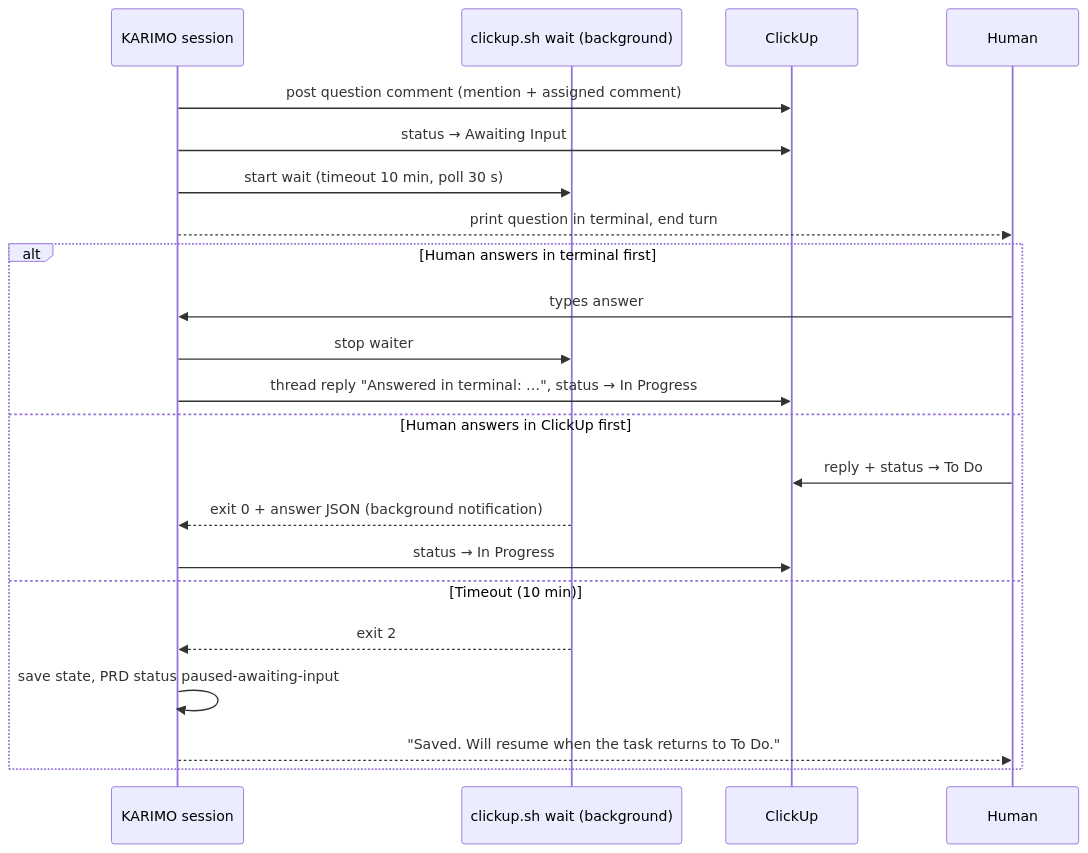
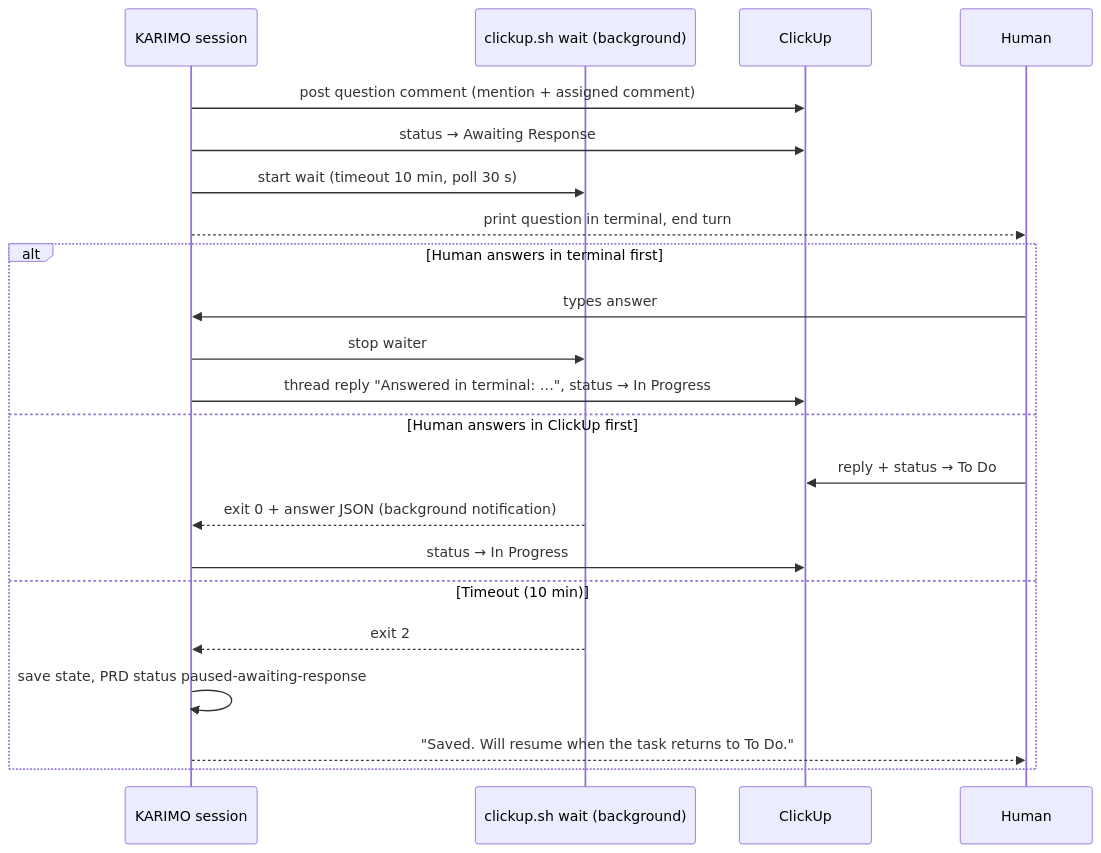
The second of 2 diagrams in specs/clickup-integration/SPEC.md (Arunvk123/KARIMO), drawn with Mermaid before and after one commit. The commit also changed other lines of this file and 4 other files, not shown here.

Commit message:
docs(spec): rename ClickUp question status to Awaiting Response

````diff
--- a/specs/clickup-integration/SPEC.md
+++ b/specs/clickup-integration/SPEC.md
@@ -246,24 +246,24 @@
 ```mermaid
 sequenceDiagram
     participant K as KARIMO session
     participant W as clickup.sh wait (background)
     participant C as ClickUp
     participant H as Human
     K->>C: post question comment (mention + assigned comment)
-    K->>C: status → Awaiting Input
+    K->>C: status → Awaiting Response
     K->>W: start wait (timeout 10 min, poll 30 s)
     K-->>H: print question in terminal, end turn
     alt Human answers in terminal first
         H->>K: types answer
         K->>W: stop waiter
         K->>C: thread reply "Answered in terminal: …", status → In Progress
     else Human answers in ClickUp first
         H->>C: reply + status → To Do
         W-->>K: exit 0 + answer JSON (background notification)
         K->>C: status → In Progress
     else Timeout (10 min)
         W-->>K: exit 2
-        K->>K: save state, PRD status paused-awaiting-input
+        K->>K: save state, PRD status paused-awaiting-response
         K-->>H: "Saved. Will resume when the task returns to To Do."
     end
 ```
````
